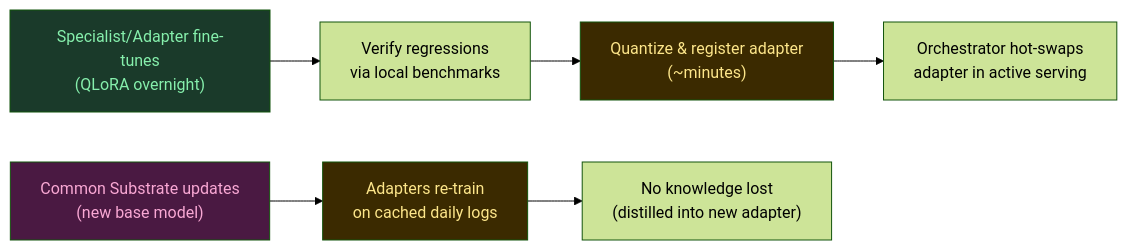
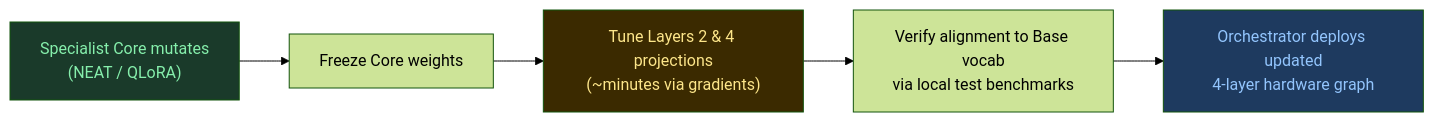
One commit to joanfgarcia/frankenswarm changed the second of 2 diagrams in docs/ARCHITECTURE.md. Above: the diagram before and after it, drawn with Mermaid (forest theme). The commit also changed other lines of this file, not shown here.

Commit message:
docs(architecture): refactor to 4-layer sovereign model with discrete token-flow and GGUF boundary mappers

````diff
--- a/docs/ARCHITECTURE.md
+++ b/docs/ARCHITECTURE.md
@@ -368,14 +375,11 @@
 ```mermaid
 graph LR
-    A["Specialist/Adapter fine-tunes<br/>(QLoRA overnight)"] --> B["Verify regressions<br/>via local benchmarks"]
-    B --> C["Quantize & register adapter<br/>(~minutes)"]
-    C --> D["Orchestrator hot-swaps<br/>adapter in active serving"]
-
-    E["Common Substrate updates<br/>(new base model)"] --> F["Adapters re-train<br/>on cached daily logs"]
-    F --> G["No knowledge lost<br/>(distilled into new adapter)"]
+    A["Specialist Core mutates<br/>(NEAT / QLoRA)"] --> B["Freeze Core weights"]
+    B --> C["Tune Layers 2 & 4 projections<br/>(~minutes via gradients)"]
+    C --> D["Verify alignment to Base vocab<br/>via local test benchmarks"]
+    D --> E["Orchestrator deploys updated<br/>4-layer hardware graph"]
 
     style A fill:#1a3a2a,color:#86EFAC
-    style E fill:#4a1942,color:#F9A8D4
     style C fill:#3b2a00,color:#FDE68A
-    style F fill:#3b2a00,color:#FDE68A
+    style E fill:#1e3a5f,color:#93C5FD
 ```
````
